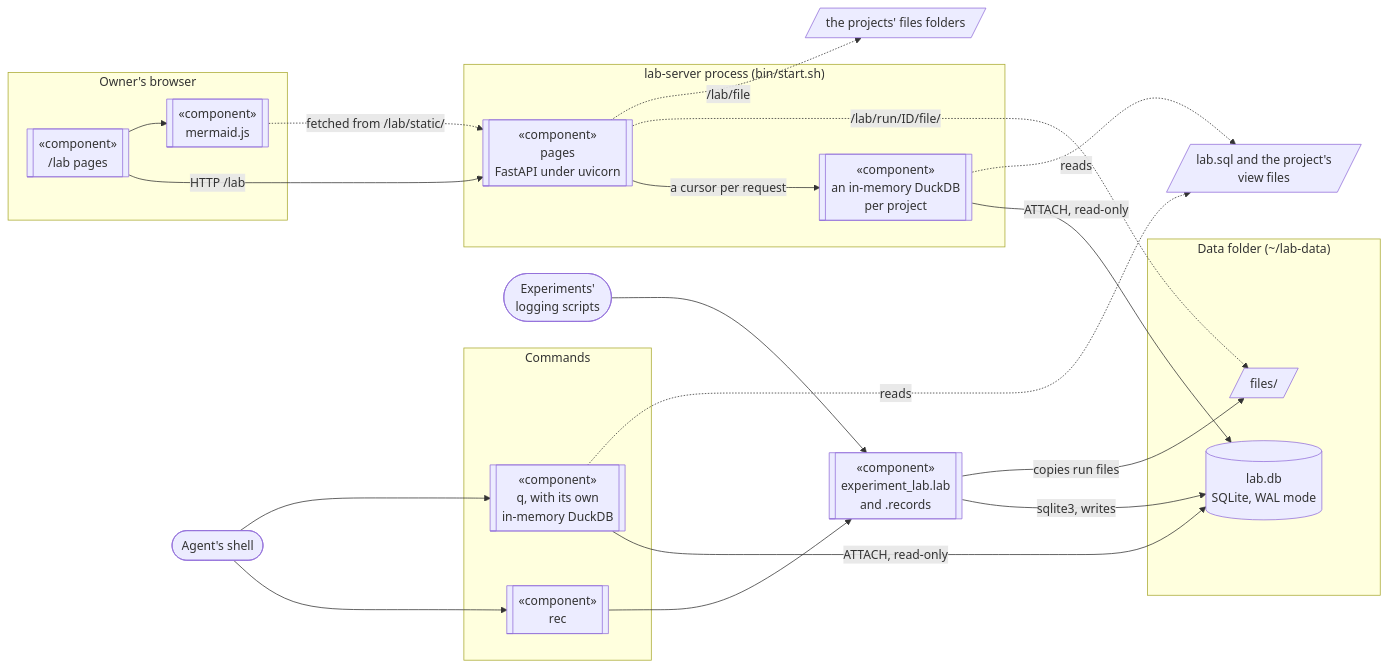
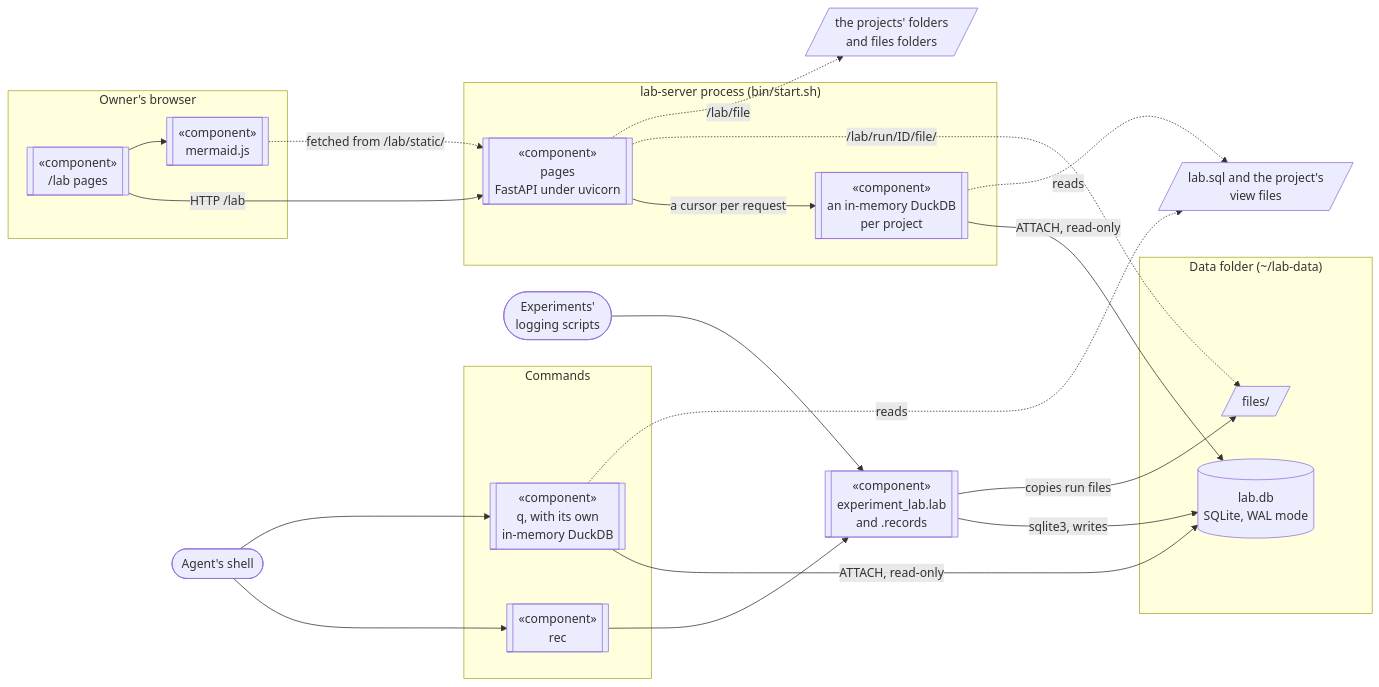
The diagram in README.md (dgutson/experiment-lab), drawn with Mermaid before and after one commit. The commit also changed other lines of this file and 8 other files, not shown here.

````diff
--- a/README.md
+++ b/README.md
@@ -77,45 +82,45 @@
 ```mermaid
 flowchart LR
     subgraph browser["Owner's browser"]
         labpage[["«component»<br/>/lab pages"]]
         mermaid[["«component»<br/>mermaid.js"]]
     end
     shell(["Agent's shell"])
     scripts(["Experiments'<br/>logging scripts"])
 
     subgraph server["lab-server process (bin/start.sh)"]
         pages[["«component»<br/>pages<br/>FastAPI under uvicorn"]]
         pagesdb[["«component»<br/>an in-memory DuckDB<br/>per project"]]
     end
 
     subgraph commands["Commands"]
         rec[["«component»<br/>rec"]]
         q[["«component»<br/>q, with its own<br/>in-memory DuckDB"]]
     end
     lab[["«component»<br/>experiment_lab.lab<br/>and .records"]]
 
     subgraph data["Data folder (~/lab-data)"]
         labdb[("lab.db<br/>SQLite, WAL mode")]
         files[/"files/"/]
     end
 
     views[/"lab.sql and the project's<br/>view files"/]
-    shown[/"the projects' files folders"/]
+    shown[/"the projects' folders<br/>and files folders"/]
 
     labpage -->|"HTTP /lab"| pages
     labpage --> mermaid
     mermaid -.->|"fetched from /lab/static/"| pages
     shell --> rec
     shell --> q
     rec --> lab
     scripts --> lab
     lab -->|"sqlite3, writes"| labdb
     lab -->|"copies run files"| files
     q -->|"ATTACH, read-only"| labdb
     q -.->|"reads"| views
     pages -->|"a cursor per request"| pagesdb
     pagesdb -->|"ATTACH, read-only"| labdb
     pagesdb -.->|"reads"| views
     pages -.->|"/lab/run/ID/file/"| files
     pages -.->|"/lab/file"| shown
 ```
````
